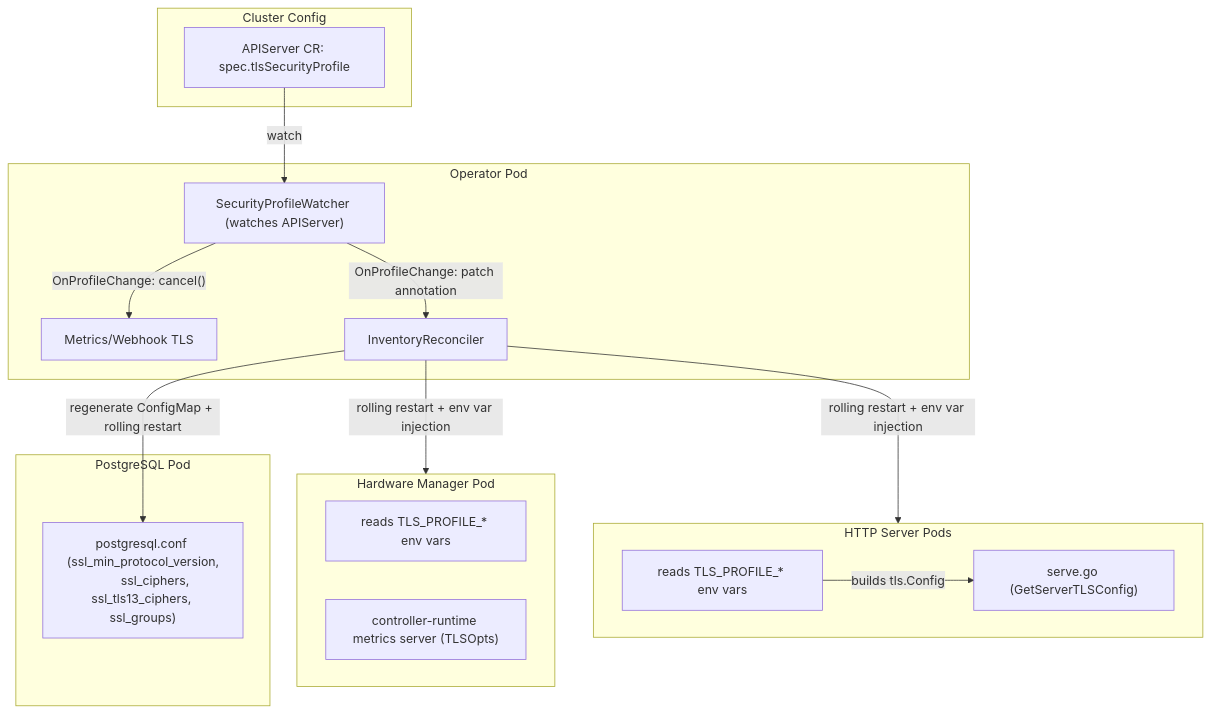
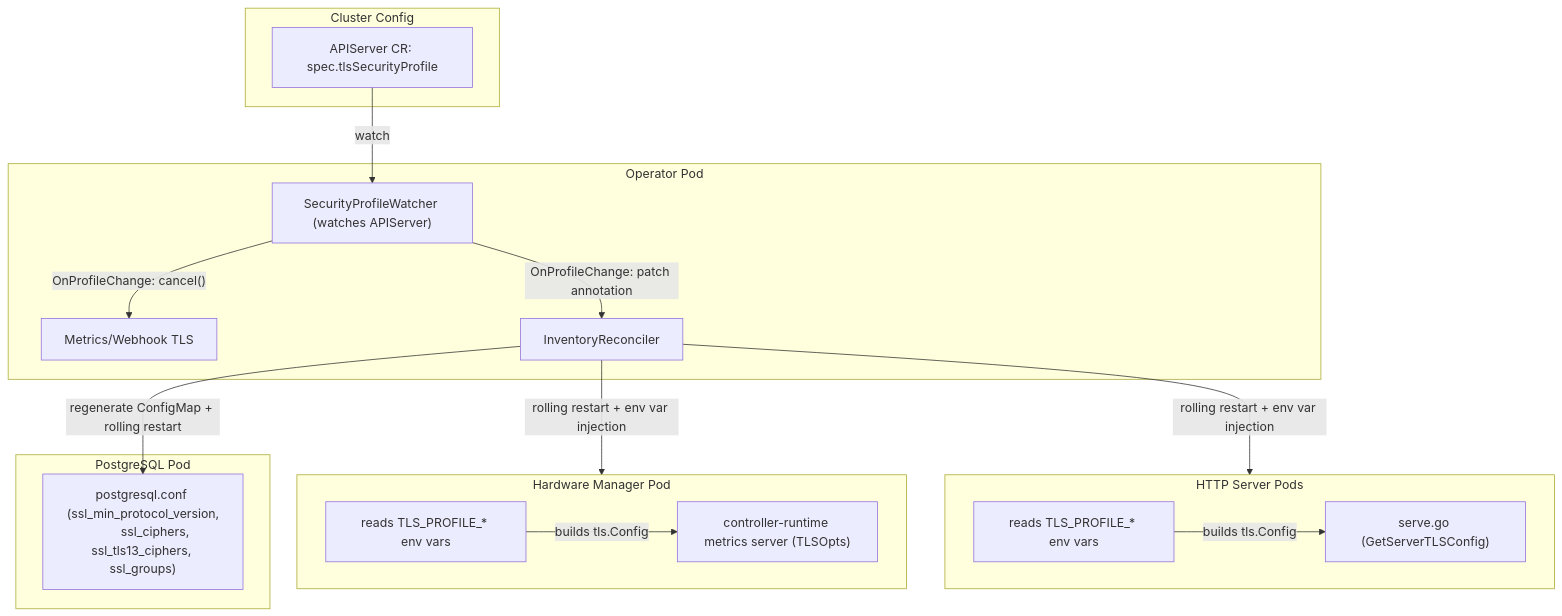
One commit to openshift-kni/oran-o2ims changed the first of 2 diagrams in docs/dev/tls-configuration.md. Above: the diagram before and after it, drawn with Mermaid. The commit also changed other lines of this file and 5 other files, not shown here.

````diff
--- a/docs/dev/tls-configuration.md
+++ b/docs/dev/tls-configuration.md
@@ -88,36 +88,37 @@
 ```mermaid
 flowchart TB
     subgraph cluster_cfg["Cluster Config"]
         APIServerRes["APIServer CR: spec.tlsSecurityProfile"]
     end
 
     subgraph operator_pod["Operator Pod"]
         Watcher["SecurityProfileWatcher (watches APIServer)"]
         MgrTLS["Metrics/Webhook TLS"]
         Reconciler["InventoryReconciler"]
     end
 
     subgraph http_pods["HTTP Server Pods"]
         EnvRead["reads TLS_PROFILE_* env vars"]
         Serve["serve.go (GetServerTLSConfig)"]
     end
 
     subgraph hw_mgr_pod["Hardware Manager Pod"]
         HWEnvRead["reads TLS_PROFILE_* env vars"]
         HWMgr["controller-runtime metrics server (TLSOpts)"]
     end
 
     subgraph postgres_pod["PostgreSQL Pod"]
         PGConf["postgresql.conf (ssl_min_protocol_version,
         ssl_ciphers, ssl_tls13_ciphers, ssl_groups)"]
     end
 
 
     APIServerRes -->|"watch"| Watcher
     Watcher -->|"OnProfileChange: cancel()"| MgrTLS
     Watcher -->|"OnProfileChange: patch annotation"| Reconciler
     Reconciler -->|"rolling restart + env var injection"| http_pods
     Reconciler -->|"rolling restart + env var injection"| hw_mgr_pod
     Reconciler -->|"regenerate ConfigMap + rolling restart"| PGConf
     EnvRead -->|"builds tls.Config"| Serve
+    HWEnvRead -->|"builds tls.Config"| HWMgr
 ```
````
